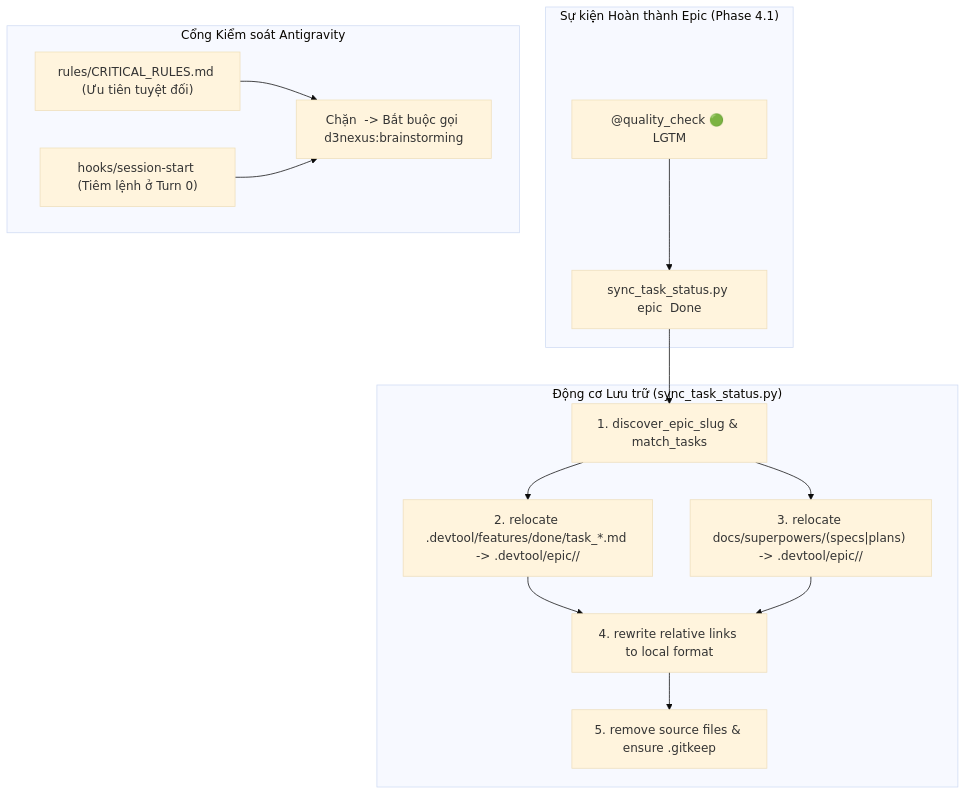
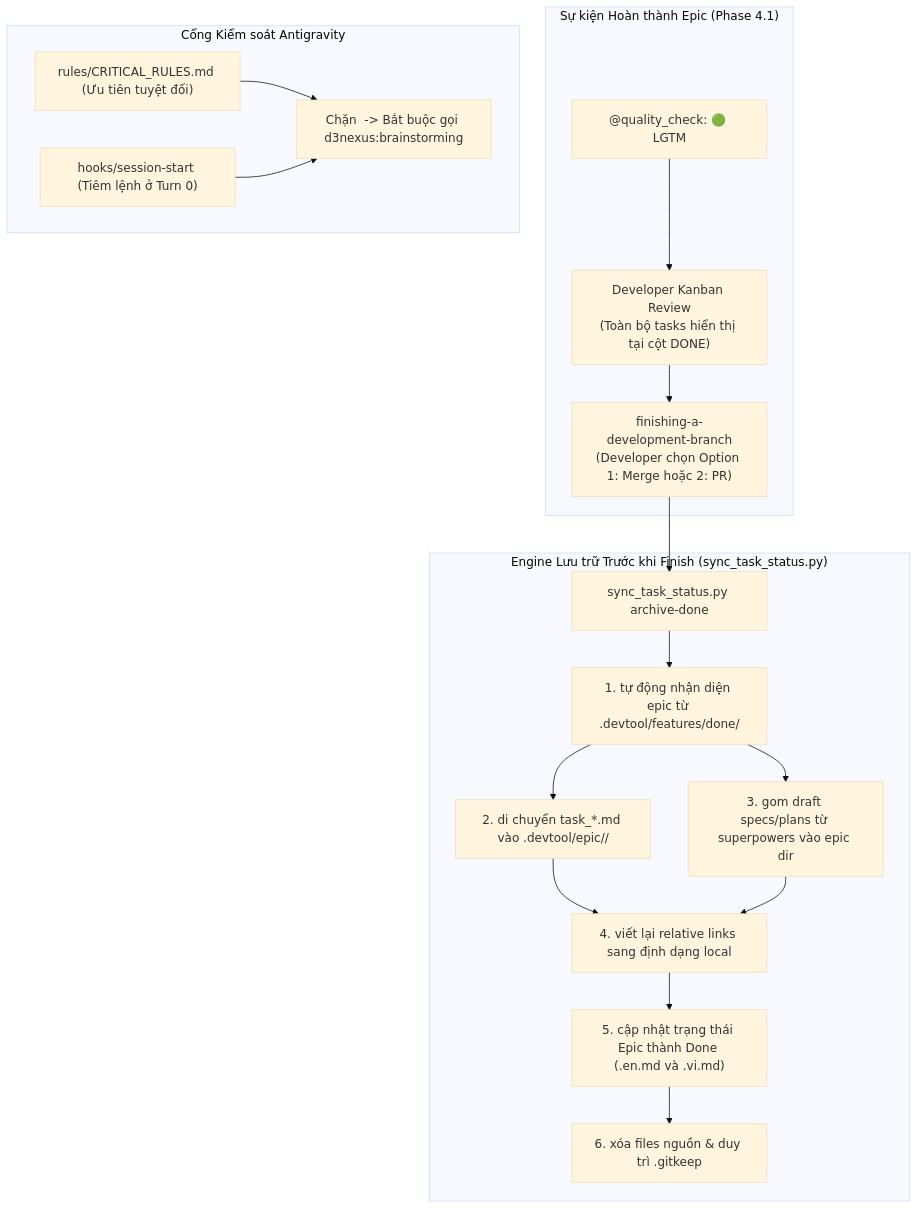
One commit to DanhDue/ai-agent-tools changed the first of 3 diagrams in .devtool/epic/epic_archival_and_planning_gate/epic_archival_and_planning_gate.vi.md. Above: the diagram before and after it, drawn with Mermaid (base theme). The commit also changed other lines of this file and 7 other files, not shown here.

First line of the commit message:
[EPIC_ARCHIVAL_AND_PLANNING_GATE] Integrate Pre-Finish Archival Hook and Kanban Review State

````diff
--- a/.devtool/epic/epic_archival_and_planning_gate/epic_archival_and_planning_gate.vi.md
+++ b/.devtool/epic/epic_archival_and_planning_gate/epic_archival_and_planning_gate.vi.md
@@ -39,32 +39,38 @@
 ```mermaid
 graph TD
     subgraph TRIGGER["Sự kiện Hoàn thành Epic (Phase 4.1)"]
-        QC["@quality_check 🟢 LGTM"]
-        SYNC_CLI["sync_task_status.py epic <epic_dir> Done"]
+        QC["@quality_check: 🟢 LGTM"]
+        REVIEW["Developer Kanban Review<br/>(Toàn bộ tasks hiển thị tại cột DONE)"]
+        FINISH["finishing-a-development-branch<br/>(Developer chọn Option 1: Merge hoặc 2: PR)"]
     end
 
-    subgraph ENGINE["Động cơ Lưu trữ (sync_task_status.py)"]
-        DISCOVER["1. discover_epic_slug & match_tasks"]
-        MOVE_TASKS["2. relocate .devtool/features/done/task_*.md -> .devtool/epic/<epic_dir>/"]
-        MOVE_DOCS["3. relocate docs/superpowers/(specs|plans) -> .devtool/epic/<epic_dir>/"]
-        REWRITE["4. rewrite relative links to local format"]
-        CLEAN["5. remove source files & ensure .gitkeep"]
+    subgraph ARCHIVAL["Engine Lưu trữ Trước khi Finish (sync_task_status.py)"]
+        SYNC_CLI["sync_task_status.py archive-done"]
+        DISCOVER["1. tự động nhận diện epic từ .devtool/features/done/"]
+        MOVE_TASKS["2. di chuyển task_*.md vào .devtool/epic/<epic_dir>/"]
+        MOVE_DOCS["3. gom draft specs/plans từ superpowers vào epic dir"]
+        REWRITE["4. viết lại relative links sang định dạng local"]
+        STATUS_DONE["5. cập nhật trạng thái Epic thành Done (.en.md và .vi.md)"]
+        CLEAN["6. xóa files nguồn & duy trì .gitkeep"]
     end
 
     subgraph GOVERNANCE["Cổng Kiểm soát Antigravity"]
         RULES["rules/CRITICAL_RULES.md (Ưu tiên tuyệt đối)"]
         HOOK["hooks/session-start (Tiêm lệnh ở Turn 0)"]
         INTERCEPT["Chặn <planning_mode> -> Bắt buộc gọi d3nexus:brainstorming"]
     end
 
-    QC --> SYNC_CLI
+    QC --> REVIEW
+    REVIEW --> FINISH
+    FINISH --> SYNC_CLI
     SYNC_CLI --> DISCOVER
     DISCOVER --> MOVE_TASKS
     DISCOVER --> MOVE_DOCS
     MOVE_TASKS --> REWRITE
     MOVE_DOCS --> REWRITE
-    REWRITE --> CLEAN
+    REWRITE --> STATUS_DONE
+    STATUS_DONE --> CLEAN
 
     RULES --> INTERCEPT
     HOOK --> INTERCEPT
 ```
````
